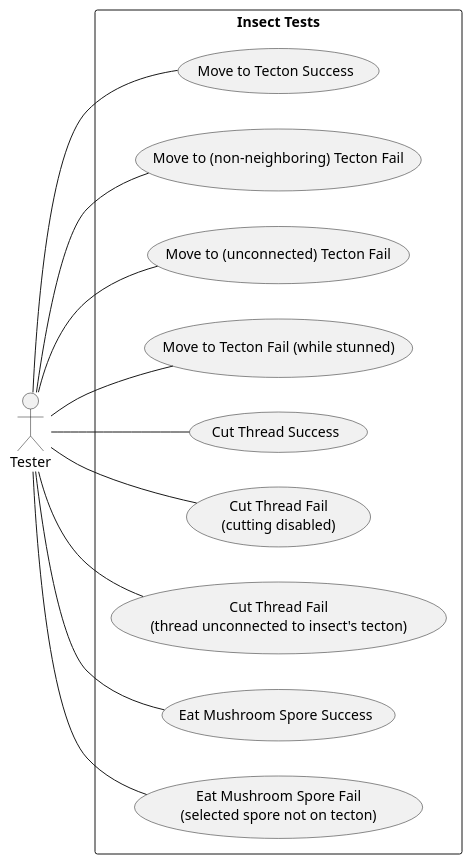
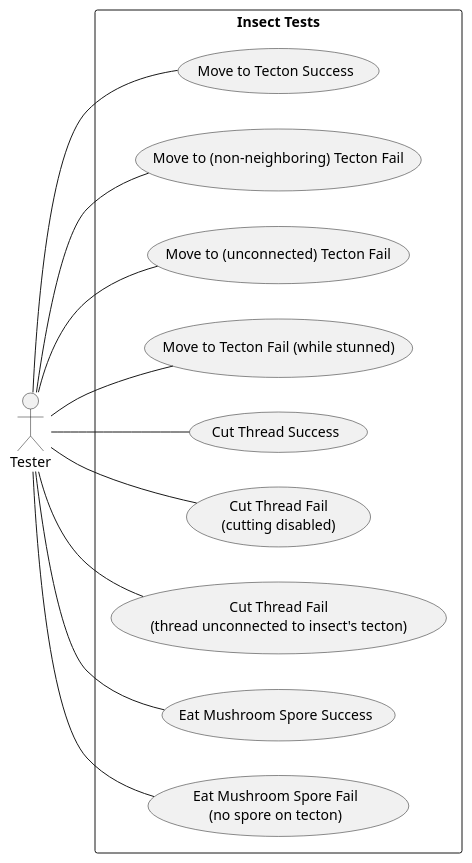
The diagram in diagrams/testcase/insect.plantuml (dzsem/projlab), drawn with PlantUML before and after one commit. The commit also changed 4 other files, not shown here.

Commit message:
Add eatMushroomSpore test cases

```diff
--- a/diagrams/testcase/insect.plantuml
+++ b/diagrams/testcase/insect.plantuml
@@ -1,30 +1,30 @@
 @startuml insectTestCases
 left to right direction
 
 actor "Tester" as t
 
 rectangle "Insect Tests" {
     usecase "Move to Tecton Success" as test1
 	usecase "Move to (non-neighboring) Tecton Fail" as test2
 	usecase "Move to (unconnected) Tecton Fail" as test3
 	usecase "Move to Tecton Fail (while stunned)" as test4
 
 	usecase "Cut Thread Success" as test5
 	usecase "Cut Thread Fail\n(cutting disabled)" as test6
 	usecase "Cut Thread Fail\n(thread unconnected to insect's tecton)" as test7
 
 	usecase "Eat Mushroom Spore Success" as test8
-	usecase "Eat Mushroom Spore Fail\n(selected spore not on tecton)" as test9
+	usecase "Eat Mushroom Spore Fail\n(no spore on tecton)" as test9
 }
 
 t -- test1
 t -- test2
 t -- test3
 t -- test4
 t -- test5
 t -- test6
 t -- test7
 t -- test8
 t -- test9
 
 @enduml
```
